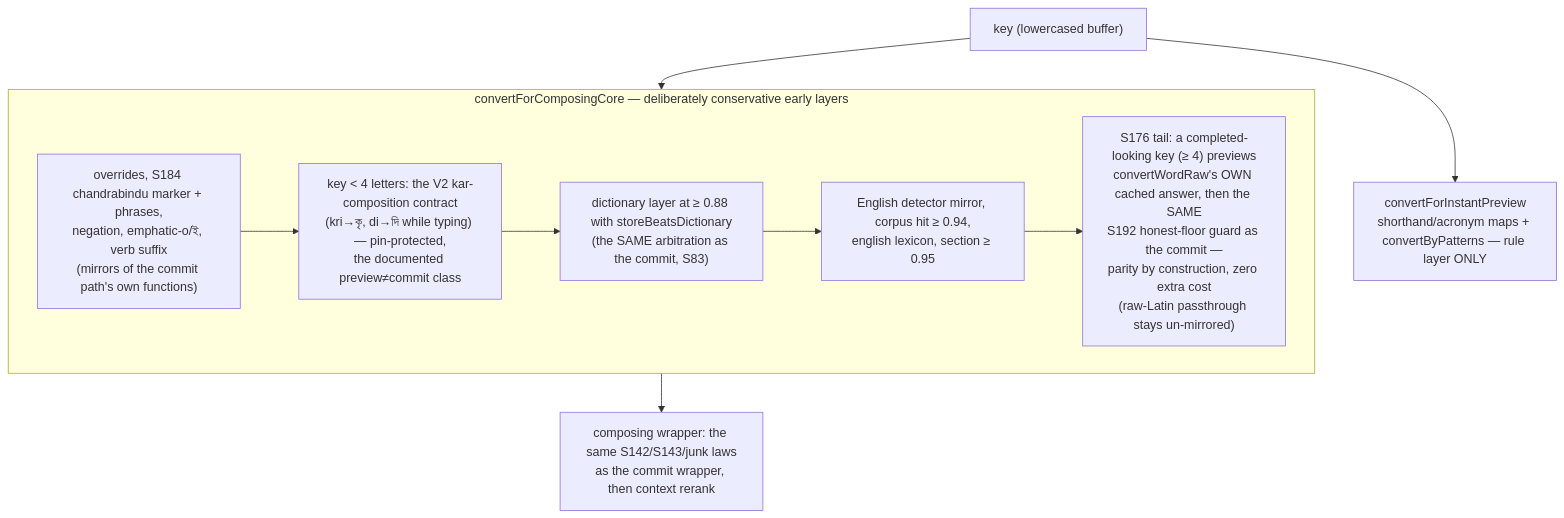
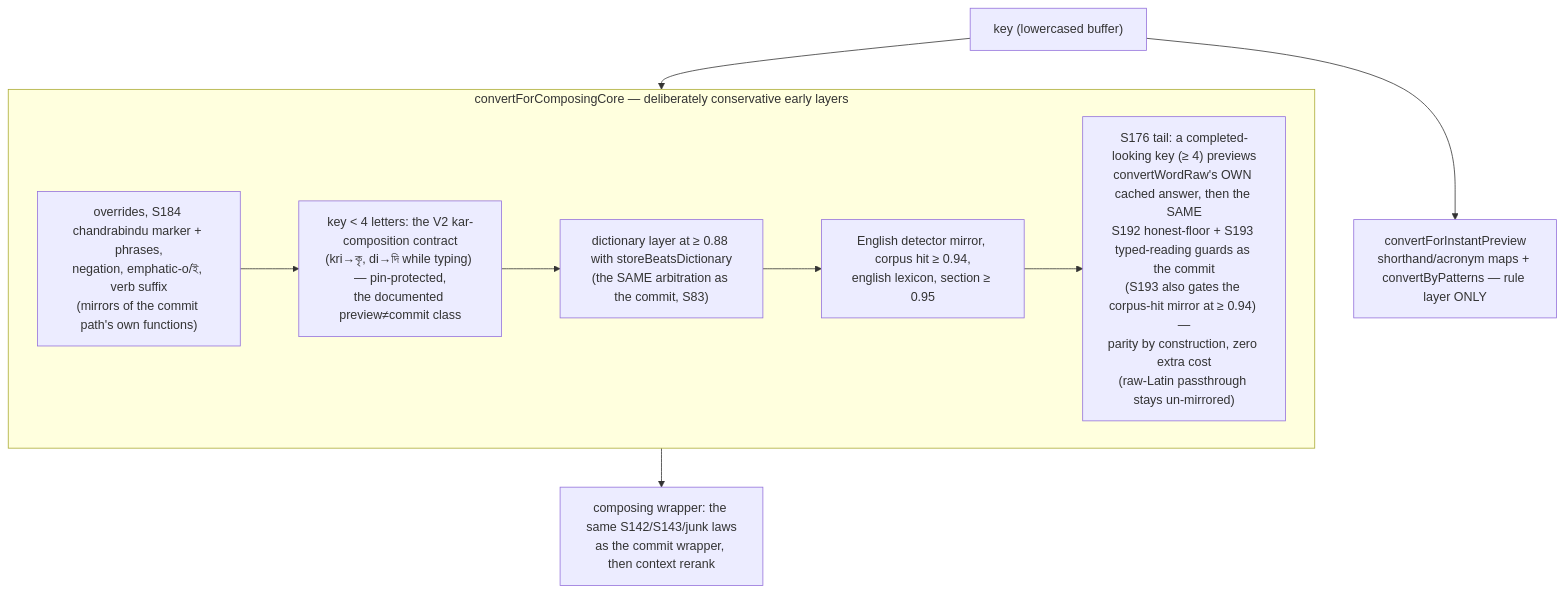
Before and after one commit to Shahabul87/banglu-kmp: the fourth of 10 diagrams in docs/architecture/engine-architecture.md, drawn with Mermaid. The commit also changed other lines of this file and 8 other files, not shown here.

````diff
--- a/docs/architecture/engine-architecture.md
+++ b/docs/architecture/engine-architecture.md
@@ -220,14 +221,14 @@
 ```mermaid
 flowchart TD
     K["key (lowercased buffer)"] --> IP["convertForInstantPreview<br/>shorthand/acronym maps + convertByPatterns — rule layer ONLY"]
     K --> CC
     subgraph CC["convertForComposingCore — deliberately conservative early layers"]
         C1["overrides, S184 chandrabindu marker + phrases,<br/>negation, emphatic-o/ই, verb suffix<br/>(mirrors of the commit path's own functions)"]
         C2["key < 4 letters: the V2 kar-composition contract<br/>(kri→কৃ, di→দি while typing) — pin-protected,<br/>the documented preview≠commit class"]
         C3["dictionary layer at ≥ 0.88 with storeBeatsDictionary<br/>(the SAME arbitration as the commit, S83)"]
         C4["English detector mirror, corpus hit ≥ 0.94,<br/>english lexicon, section ≥ 0.95"]
-        C5["S176 tail: a completed-looking key (≥ 4) previews<br/>convertWordRaw's OWN cached answer, then the SAME<br/>S192 honest-floor guard as the commit —<br/>parity by construction, zero extra cost<br/>(raw-Latin passthrough stays un-mirrored)"]
+        C5["S176 tail: a completed-looking key (≥ 4) previews<br/>convertWordRaw's OWN cached answer, then the SAME<br/>S192 honest-floor + S193 typed-reading guards as the commit<br/>(S193 also gates the corpus-hit mirror at ≥ 0.94) —<br/>parity by construction, zero extra cost<br/>(raw-Latin passthrough stays un-mirrored)"]
         C1 --> C2 --> C3 --> C4 --> C5
     end
     CC --> W["composing wrapper: the same S142/S143/junk laws<br/>as the commit wrapper, then context rerank"]
 ```
````
